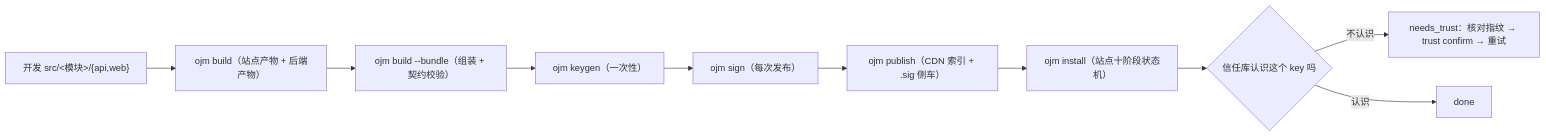
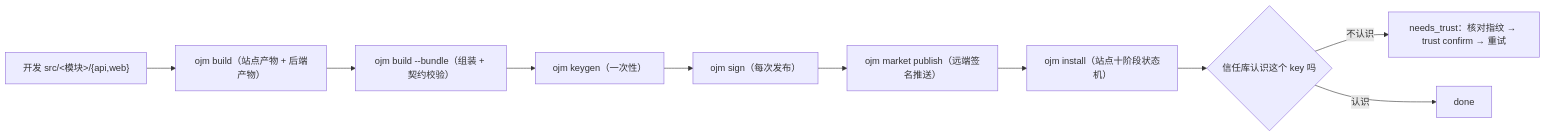
Before and after one commit to everpan/oj-module: the diagram in docs/guides/solution-dev-build-publish.md, drawn with Mermaid. The commit also changed other lines of this file and 8 other files, not shown here.

````diff
--- a/docs/guides/solution-dev-build-publish.md
+++ b/docs/guides/solution-dev-build-publish.md
@@ -11,12 +11,12 @@
 ```mermaid
 flowchart LR
   A["开发 src/<模块>/{api,web}"] --> B["ojm build（站点产物 + 后端产物）"]
   B --> C["ojm build --bundle（组装 + 契约校验）"]
   C --> D["ojm keygen（一次性）"]
   D --> E["ojm sign（每次发布）"]
-  E --> F["ojm publish（CDN 索引 + .sig 侧车）"]
+  E --> F["ojm market publish（远端签名推送）"]
   F --> G["ojm install（站点十阶段状态机）"]
   G --> H{"信任库认识这个 key 吗"}
   H -->|"不认识"| I["needs_trust：核对指纹 → trust confirm → 重试"]
   H -->|"认识"| J["done"]
 ```
````
